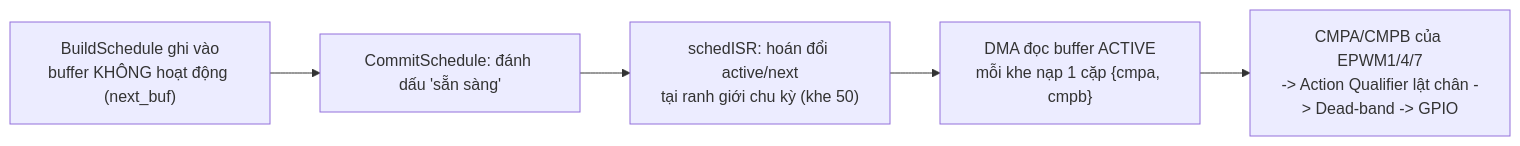
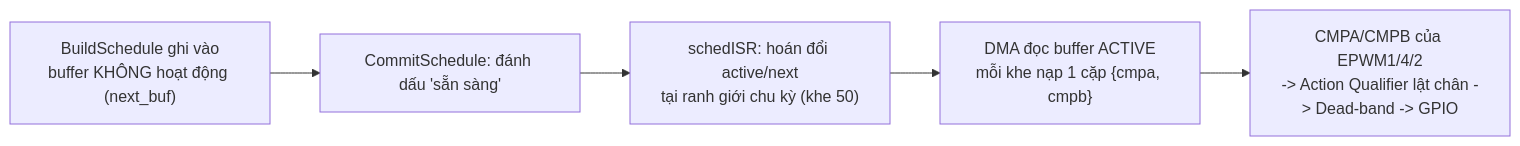
Before and after one commit to ZeitZeitZeit/openloop_pwm_syscfg: the fourth of 4 diagrams in sopwm_flow.md, drawn with Mermaid. The commit also changed other lines of this file and 16 other files, not shown here.

````diff
--- a/sopwm_flow.md
+++ b/sopwm_flow.md
@@ -69,8 +69,8 @@
 ```mermaid
 flowchart LR
     BS["BuildSchedule ghi vào<br/>buffer KHÔNG hoạt động (next_buf)"]
     --> COMMIT["CommitSchedule: đánh dấu 'sẵn sàng'"]
     --> SWAP["schedISR: hoán đổi active/next<br/>tại ranh giới chu kỳ (khe 50)"]
     --> DMARD["DMA đọc buffer ACTIVE<br/>mỗi khe nạp 1 cặp {cmpa, cmpb}"]
-    --> CMP["CMPA/CMPB của EPWM1/4/7<br/>-> Action Qualifier lật chân -> Dead-band -> GPIO"]
+    --> CMP["CMPA/CMPB của EPWM1/4/2<br/>-> Action Qualifier lật chân -> Dead-band -> GPIO"]
 ```
````
